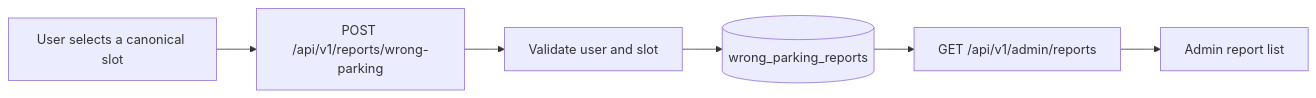
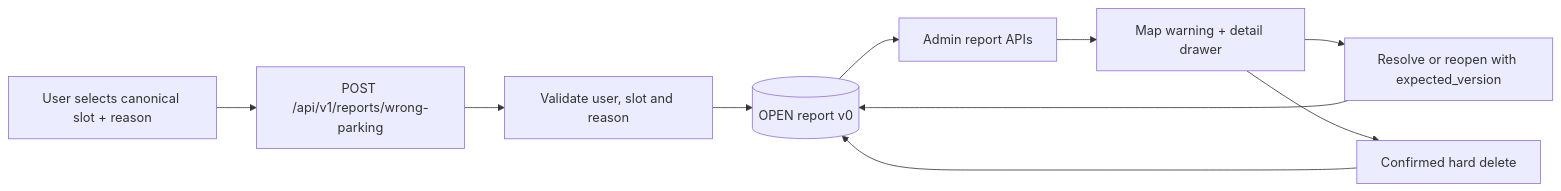
One commit to Ngducanh05/T-152 changed the fourth of 7 diagrams in docs/architecture.md. Above: the diagram before and after it, drawn with Mermaid. The commit also changed other lines of this file and 59 other files, not shown here.

````diff
--- a/docs/architecture.md
+++ b/docs/architecture.md
@@ -170,8 +172,12 @@
 ```mermaid
 flowchart LR
-    User["User selects a canonical slot"] --> ReportAPI["POST /api/v1/reports/wrong-parking"]
-    ReportAPI --> Validate["Validate user and slot"]
-    Validate --> DB[("wrong_parking_reports")]
-    DB --> AdminAPI["GET /api/v1/admin/reports"]
-    AdminAPI --> AdminUI["Admin report list"]
+    User["User selects canonical slot + reason"] --> ReportAPI["POST /api/v1/reports/wrong-parking"]
+    ReportAPI --> Validate["Validate user, slot and reason"]
+    Validate --> DB[("OPEN report v0")]
+    DB --> AdminAPI["Admin report APIs"]
+    AdminAPI --> AdminUI["Map warning + detail drawer"]
+    AdminUI --> Resolve["Resolve or reopen with expected_version"]
+    AdminUI --> Delete["Confirmed hard delete"]
+    Resolve --> DB
+    Delete --> DB
 ```
````
